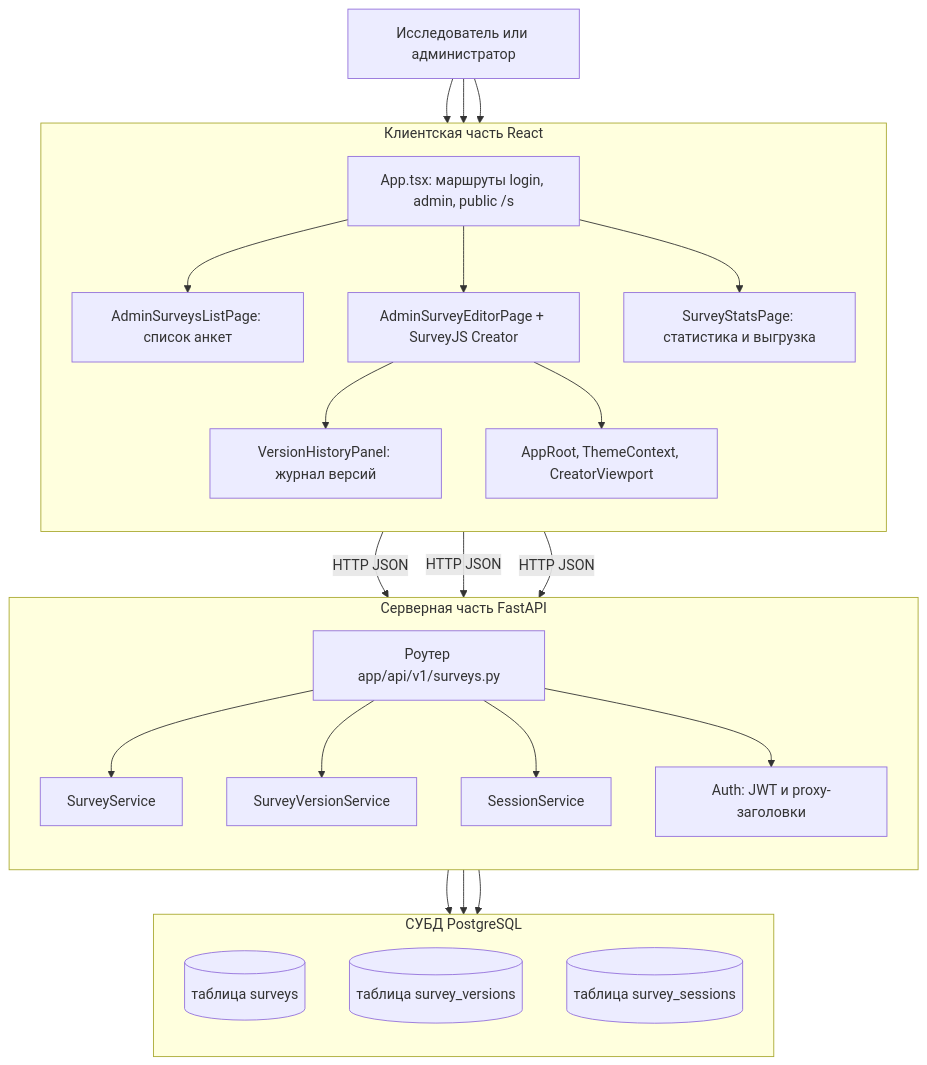
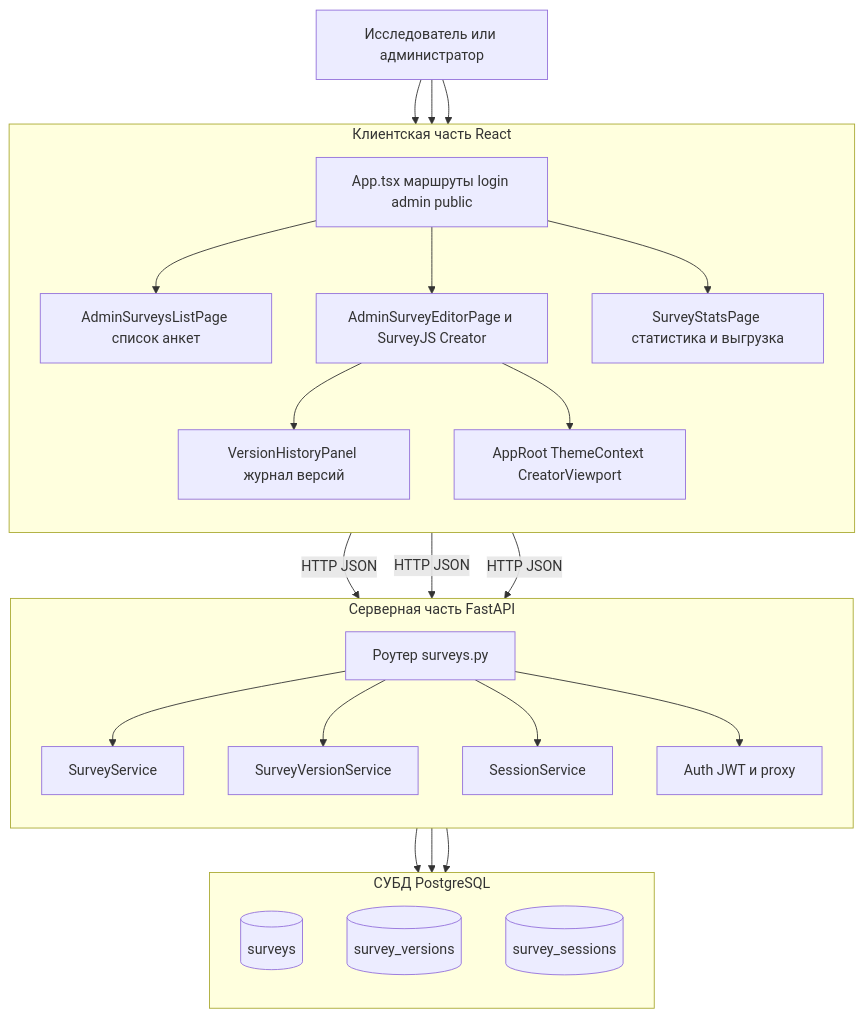
The third of 3 diagrams in docs/vkr-podsystema-konstruktor-anketirovaniya.md (sanya2905/survey-constructor-service), drawn with Mermaid before and after one commit. The commit also changed other lines of this file and 1 other file, not shown here.

````diff
--- a/docs/vkr-podsystema-konstruktor-anketirovaniya.md
+++ b/docs/vkr-podsystema-konstruktor-anketirovaniya.md
@@ -129,49 +146,49 @@
 ```mermaid
 flowchart TD
     U[Исследователь или администратор]
 
     subgraph KLIENT[Клиентская часть React]
         direction TB
-        R[App.tsx: маршруты login, admin, public /s]
-        L[AdminSurveysListPage: список анкет]
-        E[AdminSurveyEditorPage + SurveyJS Creator]
-        V[VersionHistoryPanel: журнал версий]
-        S[SurveyStatsPage: статистика и выгрузка]
-        T[AppRoot, ThemeContext, CreatorViewport]
+        R[App.tsx маршруты login admin public]
+        L[AdminSurveysListPage список анкет]
+        E[AdminSurveyEditorPage и SurveyJS Creator]
+        V[VersionHistoryPanel журнал версий]
+        S[SurveyStatsPage статистика и выгрузка]
+        T[AppRoot ThemeContext CreatorViewport]
         R --> L
         R --> E
         R --> S
         E --> V
         E --> T
     end
 
     subgraph SERVER[Серверная часть FastAPI]
         direction TB
-        API[Роутер app/api/v1/surveys.py]
+        API[Роутер surveys.py]
         SV[SurveyService]
         VER[SurveyVersionService]
         SES[SessionService]
-        AUTH[Auth: JWT и proxy-заголовки]
+        AUTH[Auth JWT и proxy]
         API --> SV
         API --> VER
         API --> SES
         API --> AUTH
     end
 
     subgraph BD[СУБД PostgreSQL]
         direction TB
-        T1[(таблица surveys)]
-        T2[(таблица survey_versions)]
-        T3[(таблица survey_sessions)]
+        T1[(surveys)]
+        T2[(survey_versions)]
+        T3[(survey_sessions)]
     end
 
     U --> L
     U --> E
     U --> S
     L -->|HTTP JSON| API
     E -->|HTTP JSON| API
     S -->|HTTP JSON| API
     SV --> T1
     VER --> T2
     SES --> T3
 ```
````
